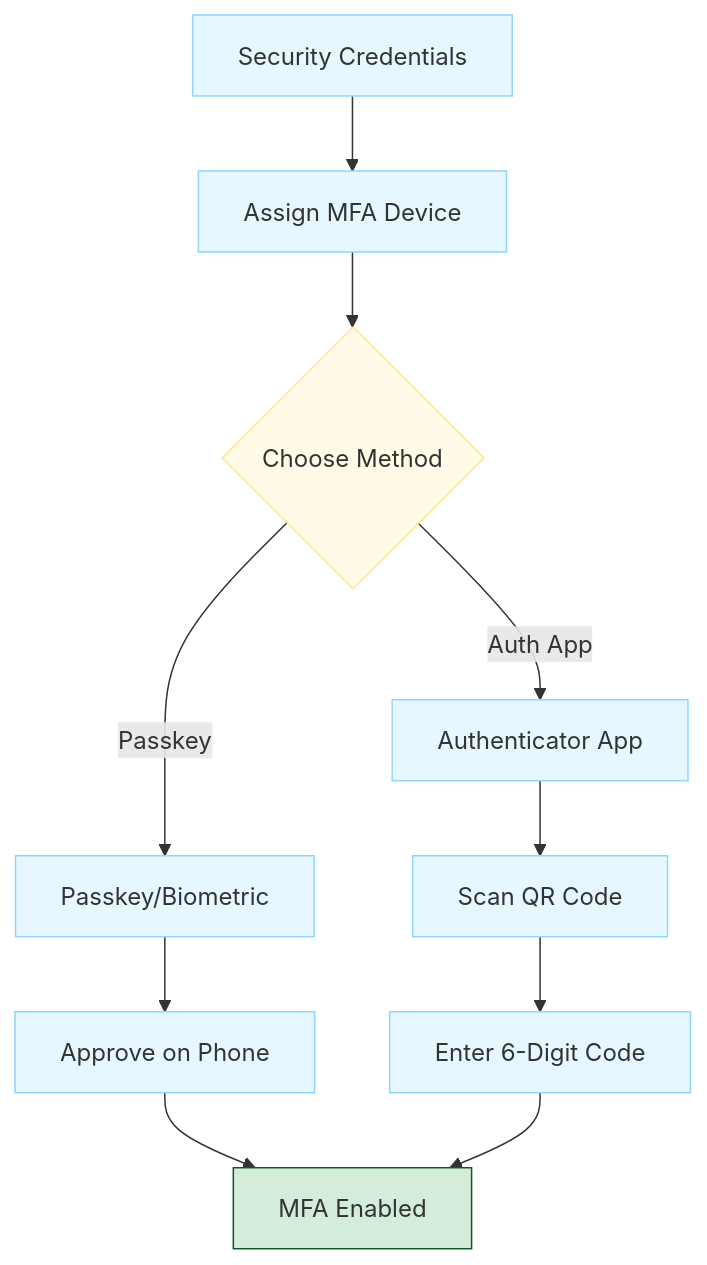
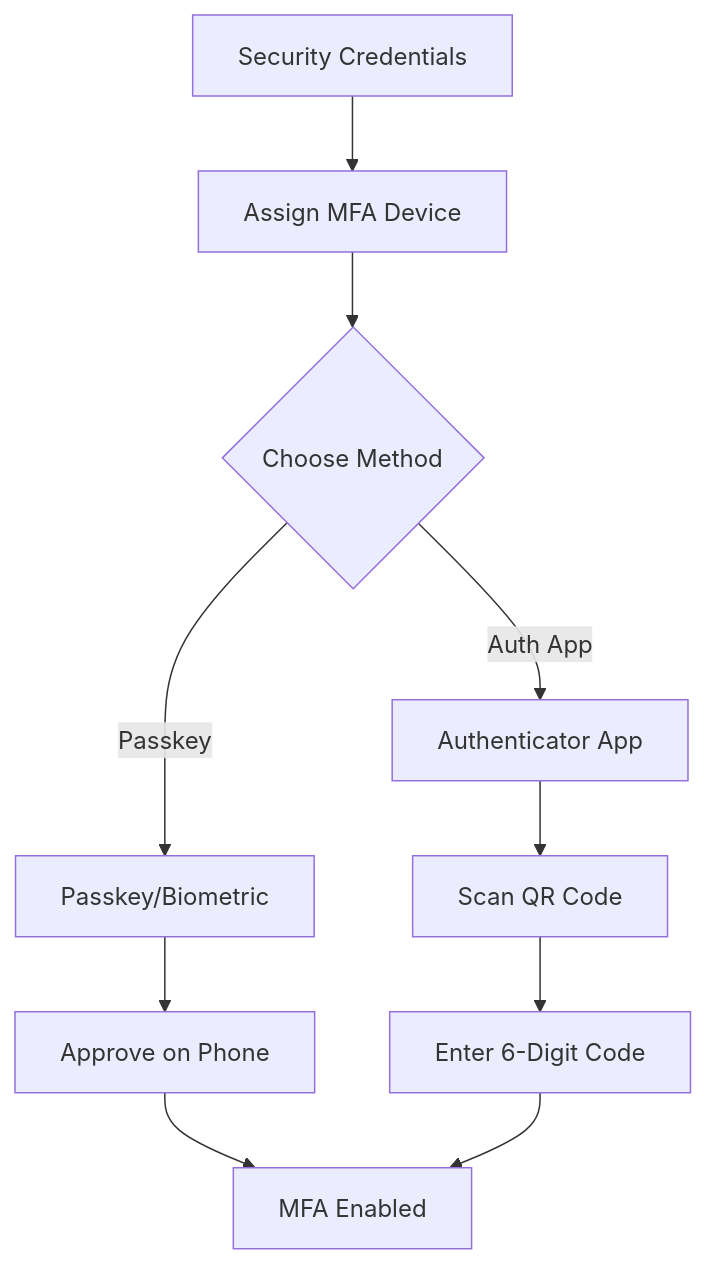
Before and after one commit to sujith-eag/sujith-library: the second of 3 diagrams in docs/dev-cloud/cclab/lab_1.md, drawn with Mermaid. The commit also changed other lines of this file and 41 other files, not shown here.

First line of the commit message:
Refactor diagrams and remove redundant styles in documentation

````diff
--- a/docs/dev-cloud/cclab/lab_1.md
+++ b/docs/dev-cloud/cclab/lab_1.md
@@ -82,22 +71,14 @@
 ```mermaid
 flowchart TD
     Security[Security Credentials] --> AssignMFA[Assign MFA Device]
     AssignMFA --> Choice{Choose Method}
     
     Choice -- Passkey --> Passkey[Passkey/Biometric]
     Passkey --> BioPrompt[Approve on Phone]
     BioPrompt --> MFA_Done[MFA Enabled]
     
     Choice -- Auth App --> AuthApp[Authenticator App]
     AuthApp --> ScanQR[Scan QR Code]
     ScanQR --> EnterCode[Enter 6-Digit Code]
     EnterCode --> MFA_Done
-
-    classDef process fill:#e6f7ff,stroke:#91d5ff
-    classDef decision fill:#fffbe6,stroke:#ffe58f
-    classDef success fill:#d4edda,stroke:#155724
-
-    class Security,AssignMFA,Passkey,BioPrompt,AuthApp,ScanQR,EnterCode process
-    class Choice decision
-    class MFA_Done success
 ```
````
